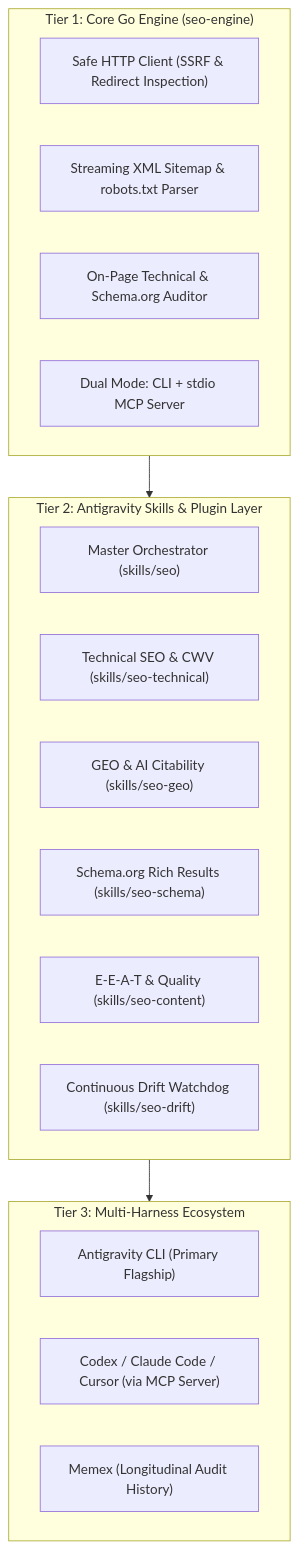
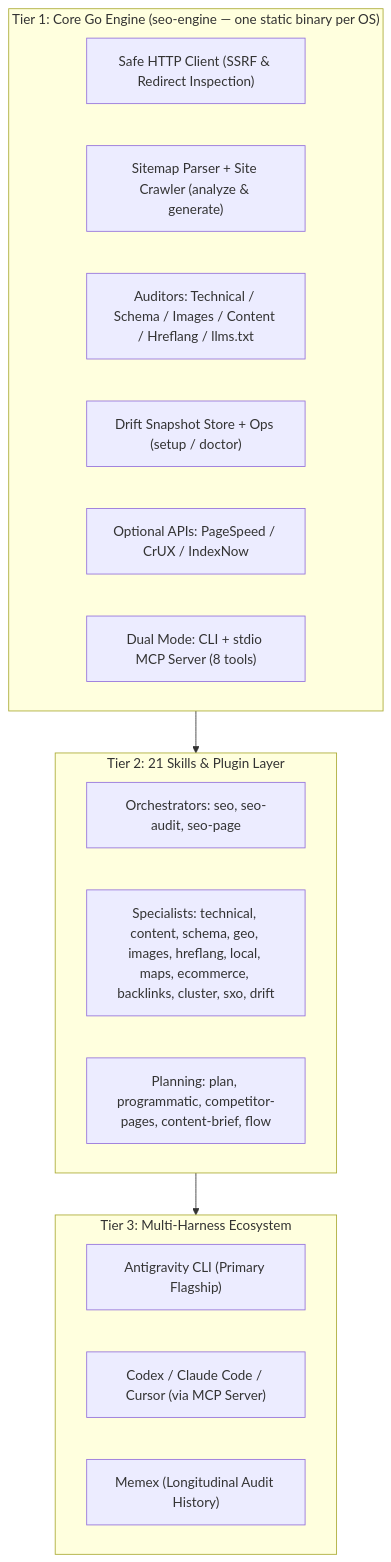
One commit to angelotc/antigravity-seo changed the diagram in README.md. Above: the diagram before and after it, drawn with Mermaid. The commit also changed other lines of this file and 66 other files, not shown here.

Commit message:
feat: complete v2.0.0 engine, 21 skills, and ops tooling

````diff
--- a/README.md
+++ b/README.md
@@ -11,27 +11,26 @@
 ```mermaid
 flowchart TD
-    subgraph Engine["Tier 1: Core Go Engine (seo-engine)"]
+    subgraph Engine["Tier 1: Core Go Engine (seo-engine — one static binary per OS)"]
         A["Safe HTTP Client (SSRF & Redirect Inspection)"]
-        B["Streaming XML Sitemap & robots.txt Parser"]
-        C["On-Page Technical & Schema.org Auditor"]
-        D["Dual Mode: CLI + stdio MCP Server"]
+        B["Sitemap Parser + Site Crawler (analyze & generate)"]
+        C["Auditors: Technical / Schema / Images / Content / Hreflang / llms.txt"]
+        D["Drift Snapshot Store + Ops (setup / doctor)"]
+        E["Optional APIs: PageSpeed / CrUX / IndexNow"]
+        F["Dual Mode: CLI + stdio MCP Server (8 tools)"]
     end
 
-    subgraph Skills["Tier 2: Antigravity Skills & Plugin Layer"]
-        E["Master Orchestrator (skills/seo)"]
-        F["Technical SEO & CWV (skills/seo-technical)"]
-        G["GEO & AI Citability (skills/seo-geo)"]
-        H["Schema.org Rich Results (skills/seo-schema)"]
-        I["E-E-A-T & Quality (skills/seo-content)"]
-        J["Continuous Drift Watchdog (skills/seo-drift)"]
+    subgraph Skills["Tier 2: 21 Skills & Plugin Layer"]
+        G["Orchestrators: seo, seo-audit, seo-page"]
+        H["Specialists: technical, content, schema, geo, images, hreflang, local, maps, ecommerce, backlinks, cluster, sxo, drift"]
+        I["Planning: plan, programmatic, competitor-pages, content-brief, flow"]
     end
 
     subgraph MultiAgent["Tier 3: Multi-Harness Ecosystem"]
         K["Antigravity CLI (Primary Flagship)"]
         L["Codex / Claude Code / Cursor (via MCP Server)"]
         M["Memex (Longitudinal Audit History)"]
     end
 
     Engine --> Skills
     Skills --> MultiAgent
 ```
````
